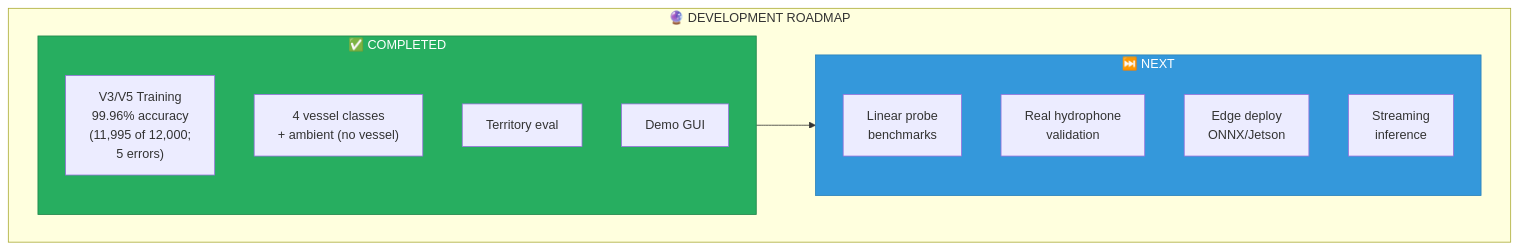
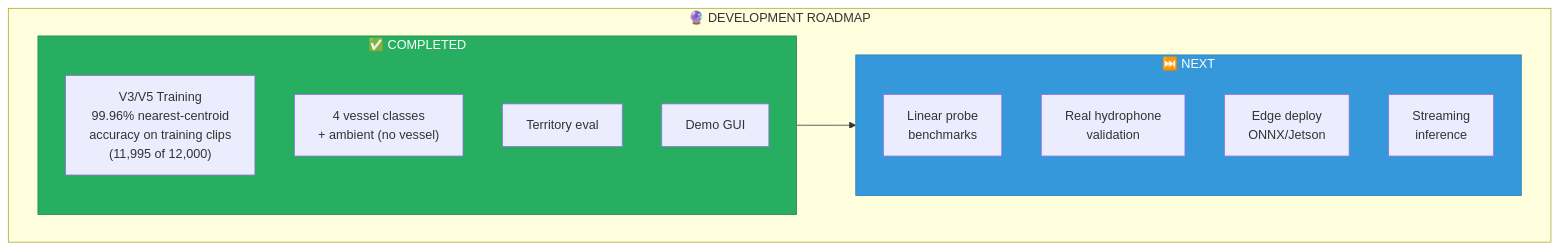
The tenth of 11 diagrams in README.md (suniltyagi/SKANN-SSL), drawn with Mermaid before and after one commit. The commit also changed other lines of this file, not shown here.

First line of the commit message:
README: 99.96% stated as nearest-centroid accuracy on the training clips

````diff
--- a/README.md
+++ b/README.md
@@ -456,25 +458,25 @@
 ```mermaid
 graph LR
     subgraph Roadmap["🔮 DEVELOPMENT ROADMAP"]
         direction LR
         
         subgraph Done["✅ COMPLETED"]
-            D1["V3/V5 Training<br/>99.96% accuracy<br/>(11,995 of 12,000;<br/>5 errors)"]
+            D1["V3/V5 Training<br/>99.96% nearest-centroid<br/>accuracy on training clips<br/>(11,995 of 12,000)"]
             D2["4 vessel classes<br/>+ ambient (no vessel)"]
             D3["Territory eval"]
             D4["Demo GUI"]
         end
         
         subgraph Next["⏭️ NEXT"]
             N1["Linear probe<br/>benchmarks"]
             N2["Real hydrophone<br/>validation"]
             N3["Edge deploy<br/>ONNX/Jetson"]
             N4["Streaming<br/>inference"]
         end
         
         Done --> Next
     end
     
     style Done fill:#27ae60,stroke:#1e8449,color:#fff
     style Next fill:#3498db,stroke:#2980b9,color:#fff
 ```
````
